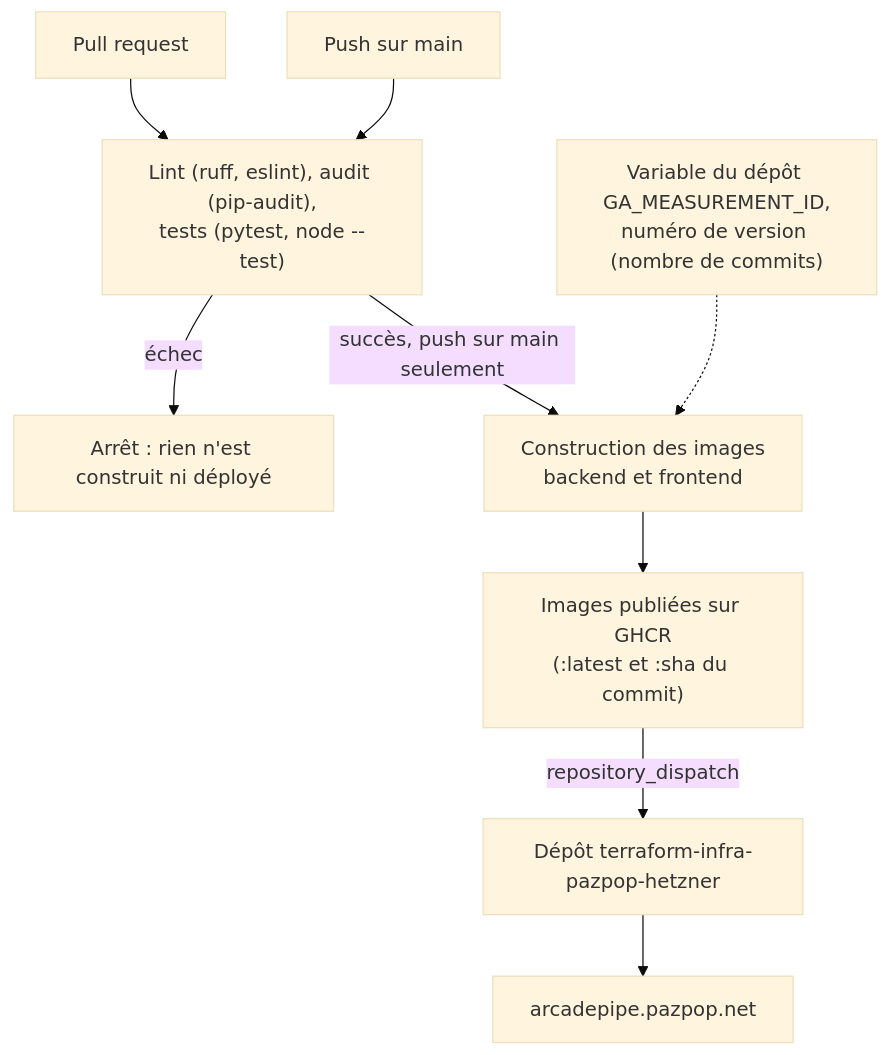
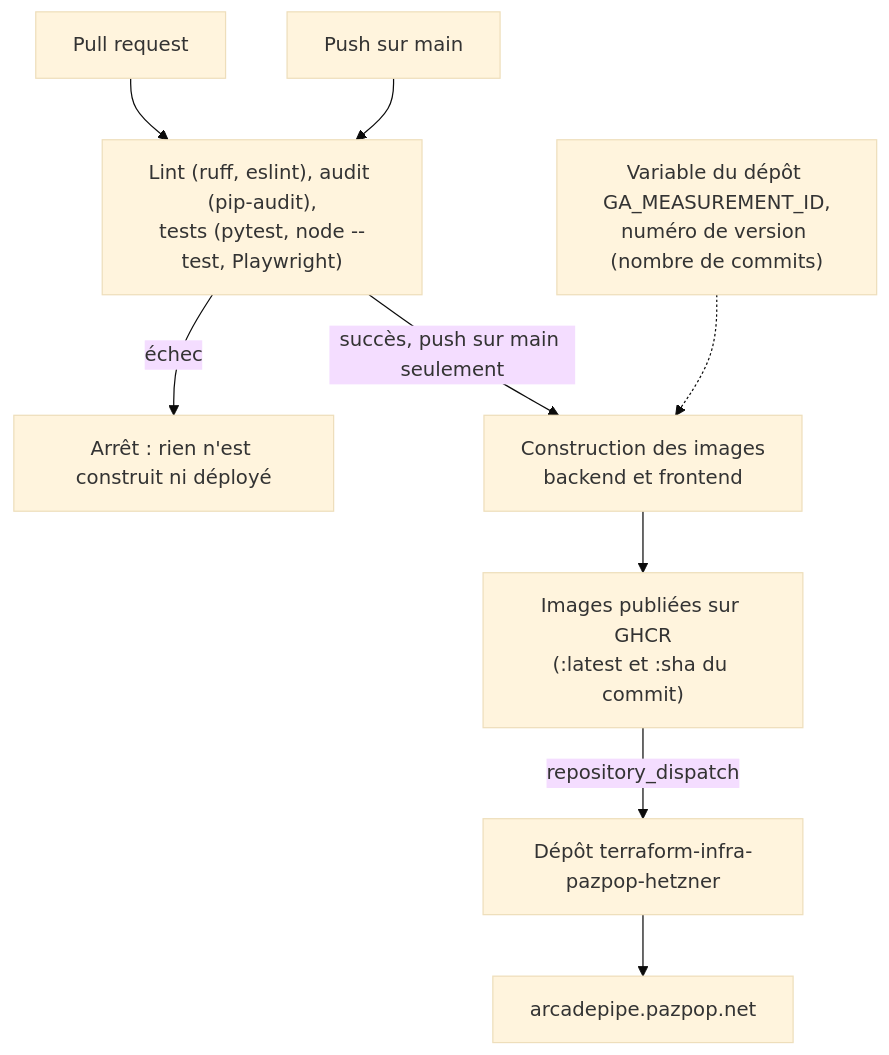
The diagram in docs/deploiement.md (pazpop/arcadepipe), drawn with Mermaid (base theme) before and after one commit. The commit also changed other lines of this file and 3 other files, not shown here.

First line of the commit message:
CI : tests bout-en-bout (Playwright) avant la construction des images

````diff
--- a/docs/deploiement.md
+++ b/docs/deploiement.md
@@ -28,12 +28,12 @@
 ```mermaid
 flowchart TD
     PR["Pull request"] --> checks
     push["Push sur main"] --> checks
-    checks["Lint (ruff, eslint), audit (pip-audit),<br/>tests (pytest, node --test)"]
+    checks["Lint (ruff, eslint), audit (pip-audit),<br/>tests (pytest, node --test, Playwright)"]
     checks -->|échec| stop["Arrêt : rien n'est construit ni déployé"]
     checks -->|"succès, push sur main seulement"| build["Construction des images<br/>backend et frontend"]
     vars["Variable du dépôt GA_MEASUREMENT_ID,<br/>numéro de version (nombre de commits)"] -.-> build
     build --> ghcr["Images publiées sur GHCR<br/>(:latest et :sha du commit)"]
     ghcr -->|repository_dispatch| infra["Dépôt terraform-infra-pazpop-hetzner"]
     infra --> prod["arcadepipe.pazpop.net"]
 ```
````
